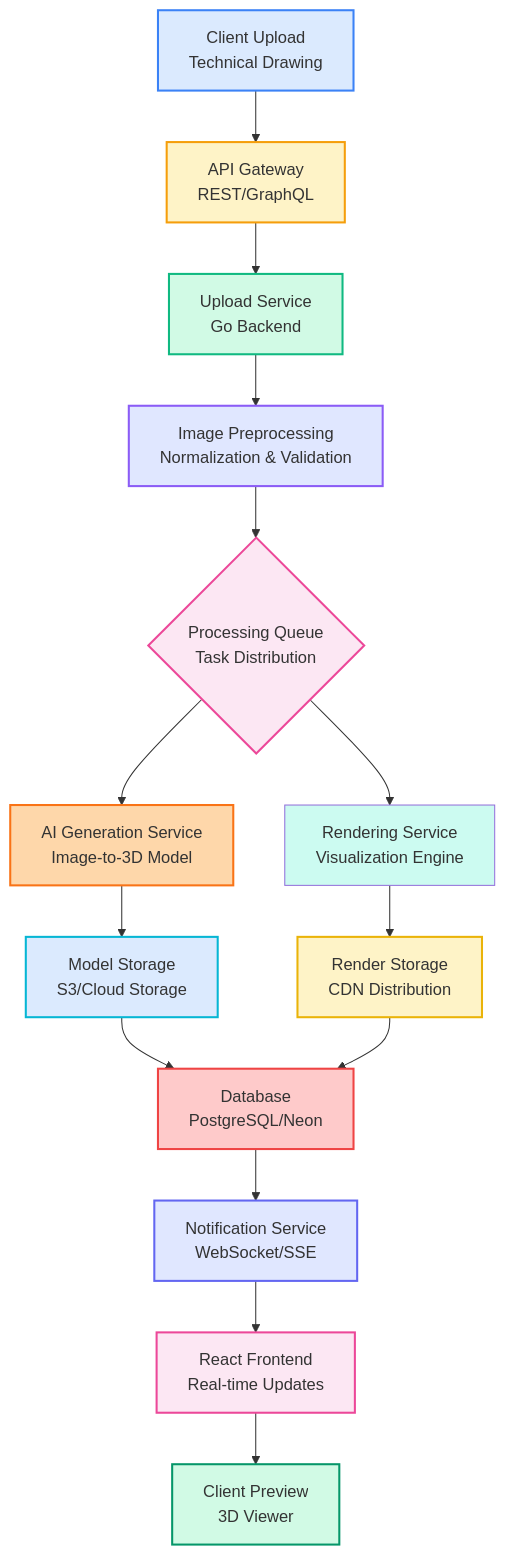
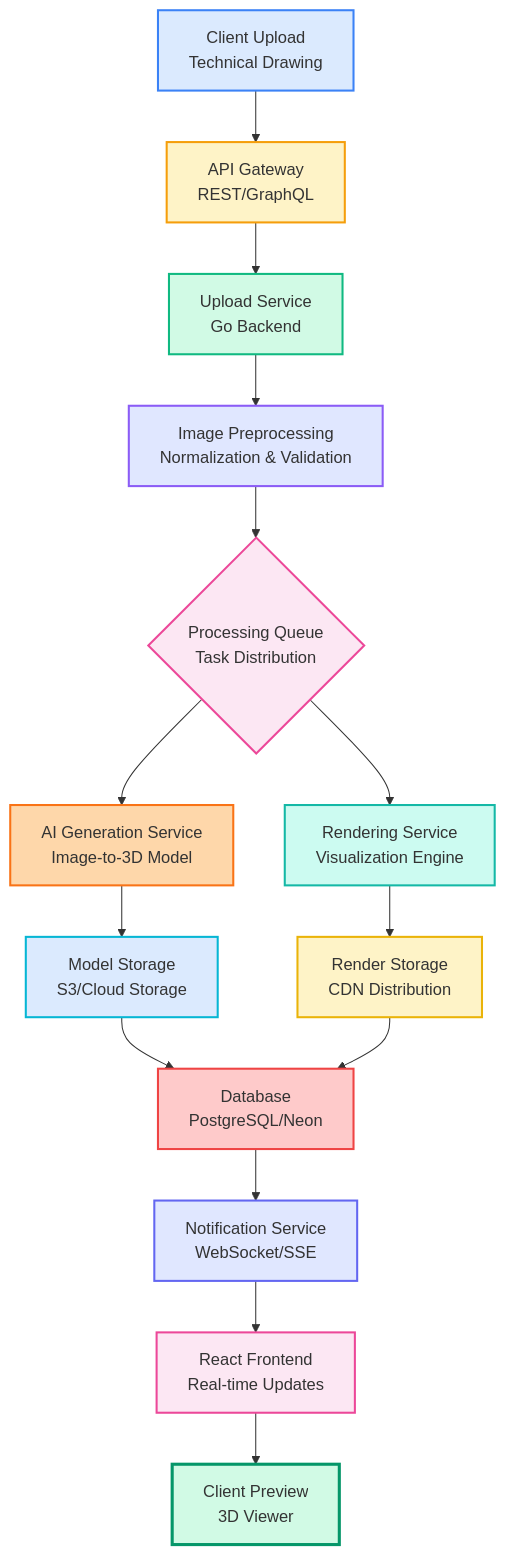
The fifth of 6 diagrams in README.md (eresemai/eresemai), drawn with Mermaid before and after one commit. The commit also changed other lines of this file, not shown here.

````diff
--- a/README.md
+++ b/README.md
@@ -218,39 +219,39 @@
 ```mermaid
 graph TB
     A[Client Upload<br/>Technical Drawing] --> B[API Gateway<br/>REST/GraphQL]
     
     B --> C[Upload Service<br/>Go Backend]
     
     C --> D[Image Preprocessing<br/>Normalization & Validation]
     
     D --> E{Processing Queue<br/>Task Distribution}
     
     E --> F[AI Generation Service<br/>Image-to-3D Model]
     E --> G[Rendering Service<br/>Visualization Engine]
     
     F --> H[Model Storage<br/>S3/Cloud Storage]
     G --> I[Render Storage<br/>CDN Distribution]
     
     H --> J[Database<br/>PostgreSQL/Neon]
     I --> J
     
     J --> K[Notification Service<br/>WebSocket/SSE]
     
     K --> L[React Frontend<br/>Real-time Updates]
     
     L --> M[Client Preview<br/>3D Viewer]
     
     style A fill:#dbeafe,stroke:#3b82f6,stroke-width:2px
     style B fill:#fef3c7,stroke:#f59e0b,stroke-width:2px
     style C fill:#d1fae5,stroke:#10b981,stroke-width:2px
     style D fill:#e0e7ff,stroke:#8b5cf6,stroke-width:2px
     style E fill:#fce7f3,stroke:#ec4899,stroke-width:2px
     style F fill:#fed7aa,stroke:#f97316,stroke-width:2px
-    style G fill:#ccfbf1,stroke:#14b8a6,stroke:#width:2px
+    style G fill:#ccfbf1,stroke:#14b8a6,stroke-width:2px
     style H fill:#dbeafe,stroke:#06b6d4,stroke-width:2px
     style I fill:#fef3c7,stroke:#eab308,stroke-width:2px
     style J fill:#fecaca,stroke:#ef4444,stroke-width:2px
     style K fill:#e0e7ff,stroke:#6366f1,stroke-width:2px
     style L fill:#fce7f3,stroke:#ec4899,stroke-width:2px
-    style M fill:#d1fae5,stroke:#059669,stroke-width:2px
+    style M fill:#d1fae5,stroke:#059669,stroke-width:3px
 ```
````
